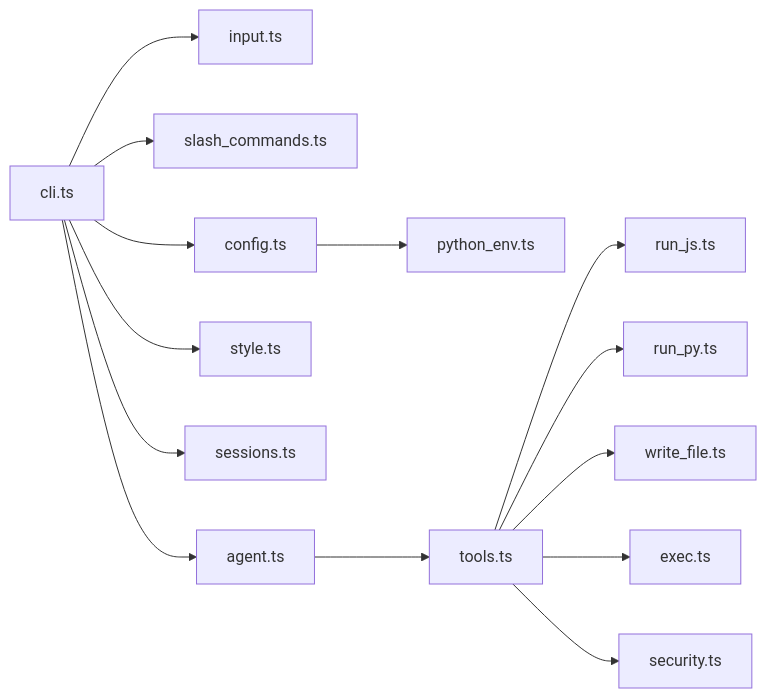
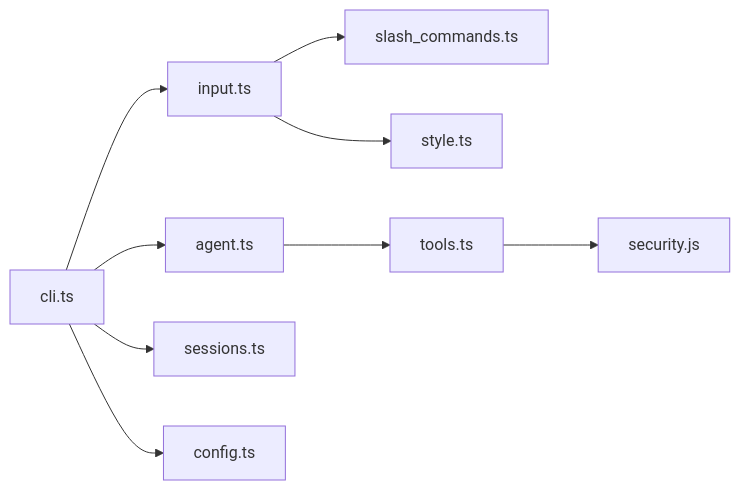
The third of 3 diagrams in .qoder/repowiki/zh/content/CLI 界面.md (HAOFUYANG/onion-code), drawn with Mermaid before and after one commit. The commit also changed other lines of this file and 13 other files, not shown here.

````diff
--- a/.qoder/repowiki/zh/content/CLI 界面.md
+++ b/.qoder/repowiki/zh/content/CLI 界面.md
@@ -241,16 +218,11 @@
 ```mermaid
 graph LR
 CLI["cli.ts"] --> INPUT["input.ts"]
-CLI --> SLASH["slash_commands.ts"]
+INPUT --> SLASH["slash_commands.ts"]
+INPUT --> STYLE["style.ts"]
 CLI --> AGENT["agent.ts"]
-CLI --> STYLE["style.ts"]
+AGENT --> TOOLS["tools.ts"]
+TOOLS --> SECURITY["security.js"]
 CLI --> SESSIONS["sessions.ts"]
 CLI --> CONFIG["config.ts"]
-CONFIG --> PYENV["python_env.ts"]
-AGENT --> TOOLS["tools.ts"]
-TOOLS --> RUNJS["run_js.ts"]
-TOOLS --> RUNPY["run_py.ts"]
-TOOLS --> WRITEFILE["write_file.ts"]
-TOOLS --> EXEC["exec.ts"]
-TOOLS --> SECURITY["security.ts"]
 ```
````
